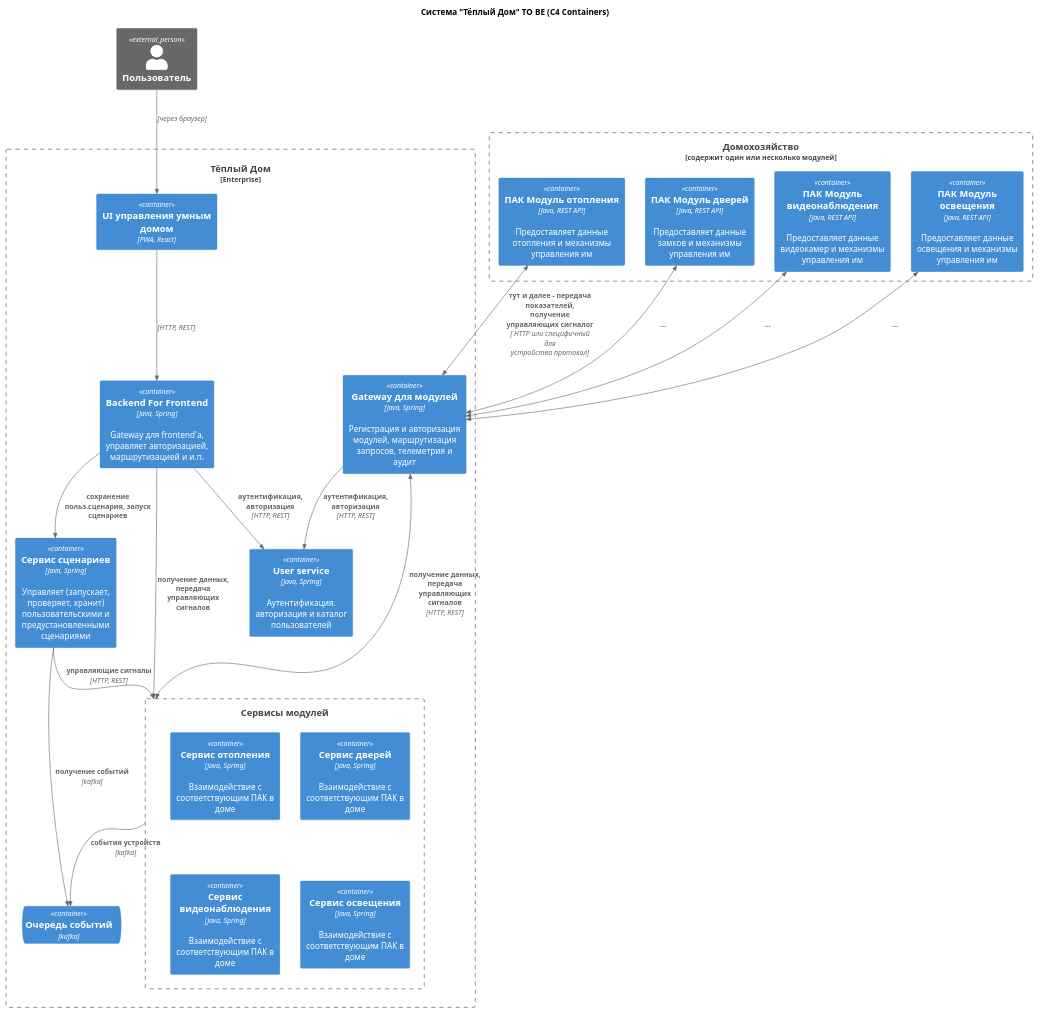
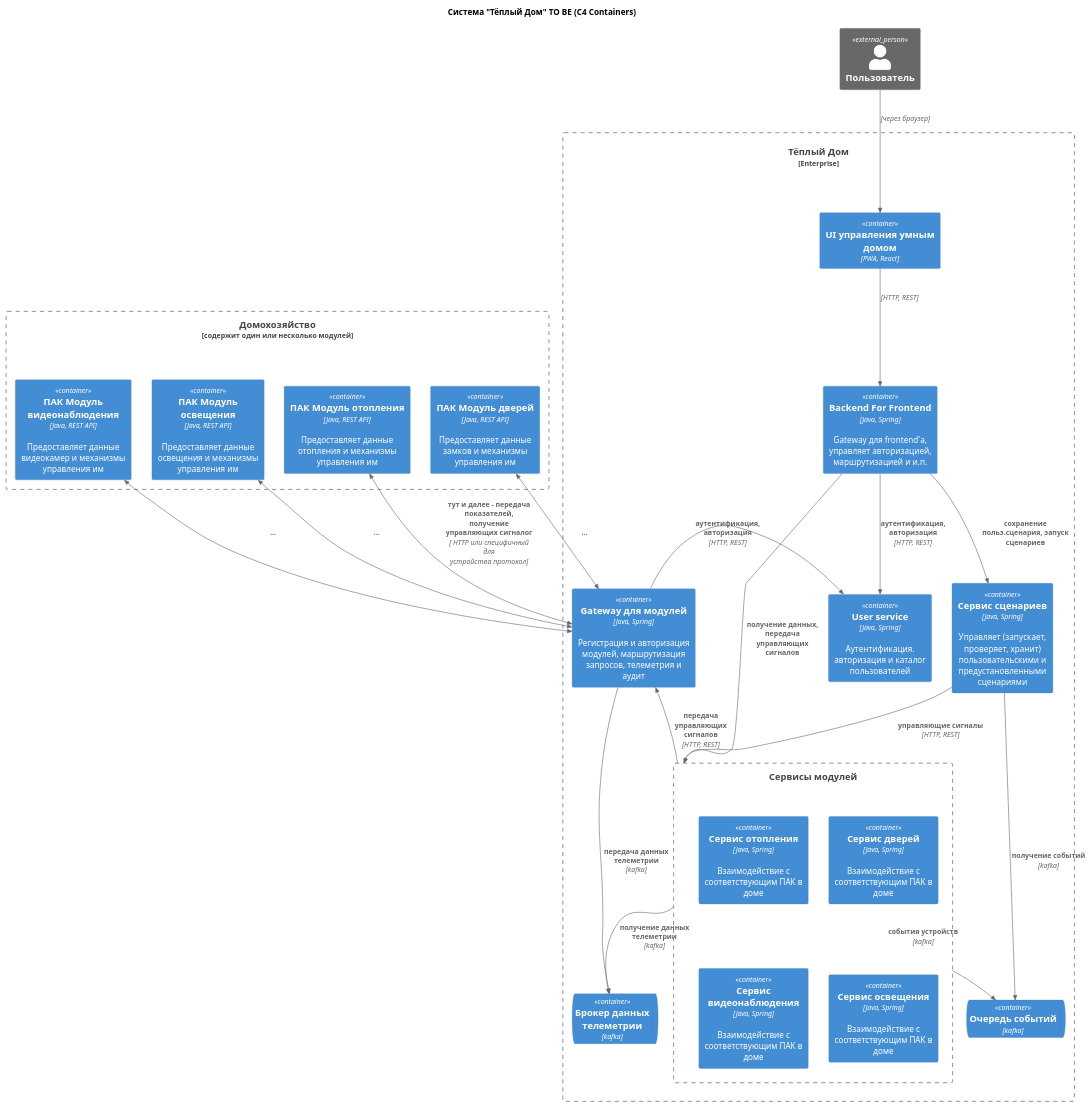
The diagram in schemas/containers/WarmHouse_Containers.puml (kalach77rus/warmhouse), drawn with PlantUML before and after one commit. The commit also changed 1 other file, not shown here.

```diff
--- a/schemas/containers/WarmHouse_Containers.puml
+++ b/schemas/containers/WarmHouse_Containers.puml
@@ -1,53 +1,57 @@
 @startuml warmhouse containers diagram
 !include ../assets/C4_templates/C4_Container.puml
 
 title Система "Тёплый Дом" TO BE (C4 Containers)
 
 Person_Ext(user, "Пользователь", "")
 
 Boundary(home, "Домохозяйство", "содержит один или несколько модулей") {
     Container(heat, "ПАК Модуль отопления", "Java, REST API", "Предоставляет данные отопления и механизмы управления им")
     Container(locks, "ПАК Модуль дверей", "Java, REST API", "Предоставляет данные замков и механизмы управления им")
     Container(surveillance, "ПАК Модуль видеонаблюдения", "Java, REST API", "Предоставляет данные видеокамер и механизмы управления им")
     Container(light, "ПАК Модуль освещения", "Java, REST API", "Предоставляет данные освещения и механизмы управления им")
 }
 
 Enterprise_Boundary(enterprise, "Тёплый Дом") {
     Container(gateway, "Gateway для модулей", "Java, Spring", "Регистрация и авторизация модулей, маршрутизация запросов, телеметрия и аудит")
     Container(user_gui, "UI управления умным домом" , "PWA, React")
 
     Container(scenarios, "Сервис сценариев", "Java, Spring", "Управляет (запускает, проверяет, хранит) пользовательскими и предустановленными сценариями")
     Container(bff, "Backend For Frontend", "Java, Spring", "Gateway для frontend'а, управляет авторизацией, маршрутизацией и и.п.")
 
     Container(auth, "User service", "Java, Spring", "Аутентификация. авторизация и каталог пользователей")
 
     Boundary(modules, "Сервисы модулей") {
         Container(heat_be, "Сервис отопления", "Java, Spring", "Взаимодействие с соответствующим ПАК в доме")
         Container(locks_be, "Сервис дверей", "Java, Spring", "Взаимодействие с соответствующим ПАК в доме")
         Container(surveillance_be, "Сервис видеонаблюдения", "Java, Spring", "Взаимодействие с соответствующим ПАК в доме")
         Container(light_be, "Сервис освещения", "Java, Spring", "Взаимодействие с соответствующим ПАК в доме")
     }
 
     ContainerQueue(eventq, "Очередь событий", "kafka")
+    ContainerQueue(messageq, "Брокер данных телеметрии", "kafka")
 
 }
 
 BiRel(heat, gateway, "тут и далее - передача показателей, получение управляющих сигналог", " HTTP или специфичный для устройства протокол")
 BiRel(surveillance, gateway, "...")
 BiRel(light, gateway, "...")
 BiRel(locks, gateway, "...")
-Rel(gateway, auth, "аутентификация, авторизация", "HTTP, REST")
-
-BiRel_U(modules, gateway, "получение данных, передача управляющих сигналов", "HTTP, REST")
-Rel(modules, eventq, "события устройств", "kafka")
-Rel(scenarios, eventq, "получение событий", "kafka")
-Rel(scenarios, modules, "управляющие сигналы", "HTTP, REST")
-Rel(bff, scenarios, "сохранение польз.сценария, запуск сценариев")
-Rel(bff, auth,"аутентификация, авторизация", "HTTP, REST")
 
 Rel(user, user_gui, "", "через браузер")
 Rel(user_gui, bff, "", "HTTP, REST")
 Rel(bff, modules, "получение данных, передача управляющих сигналов")
 
+Rel_U(modules, gateway, "передача управляющих сигналов", "HTTP, REST")
+Rel(gateway, messageq, "передача данных телеметрии", "kafka")
+Rel(modules,messageq , "получение данных телеметрии", "kafka")
+Rel(modules, eventq, "события устройств", "kafka")
+Rel(scenarios, eventq, "получение событий", "kafka")
+Rel(scenarios, modules, "управляющие сигналы", "HTTP, REST")
+Rel(bff, scenarios, "сохранение польз.сценария, запуск сценариев")
+
+Rel_R(bff, auth,"аутентификация, авторизация", "HTTP, REST")
+Rel_L(gateway, auth, "аутентификация, авторизация", "HTTP, REST")
+
 
 @enduml
```
